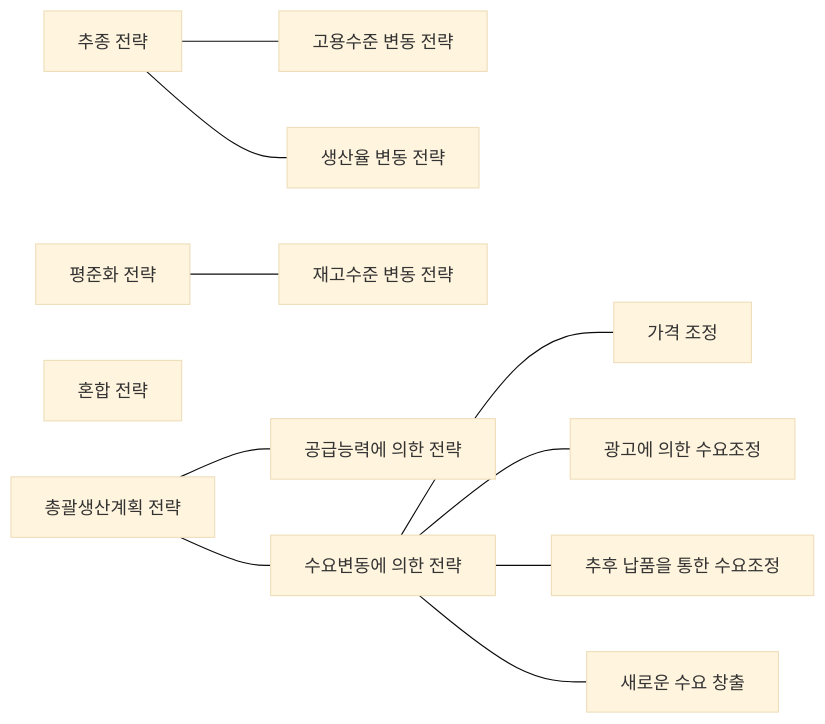
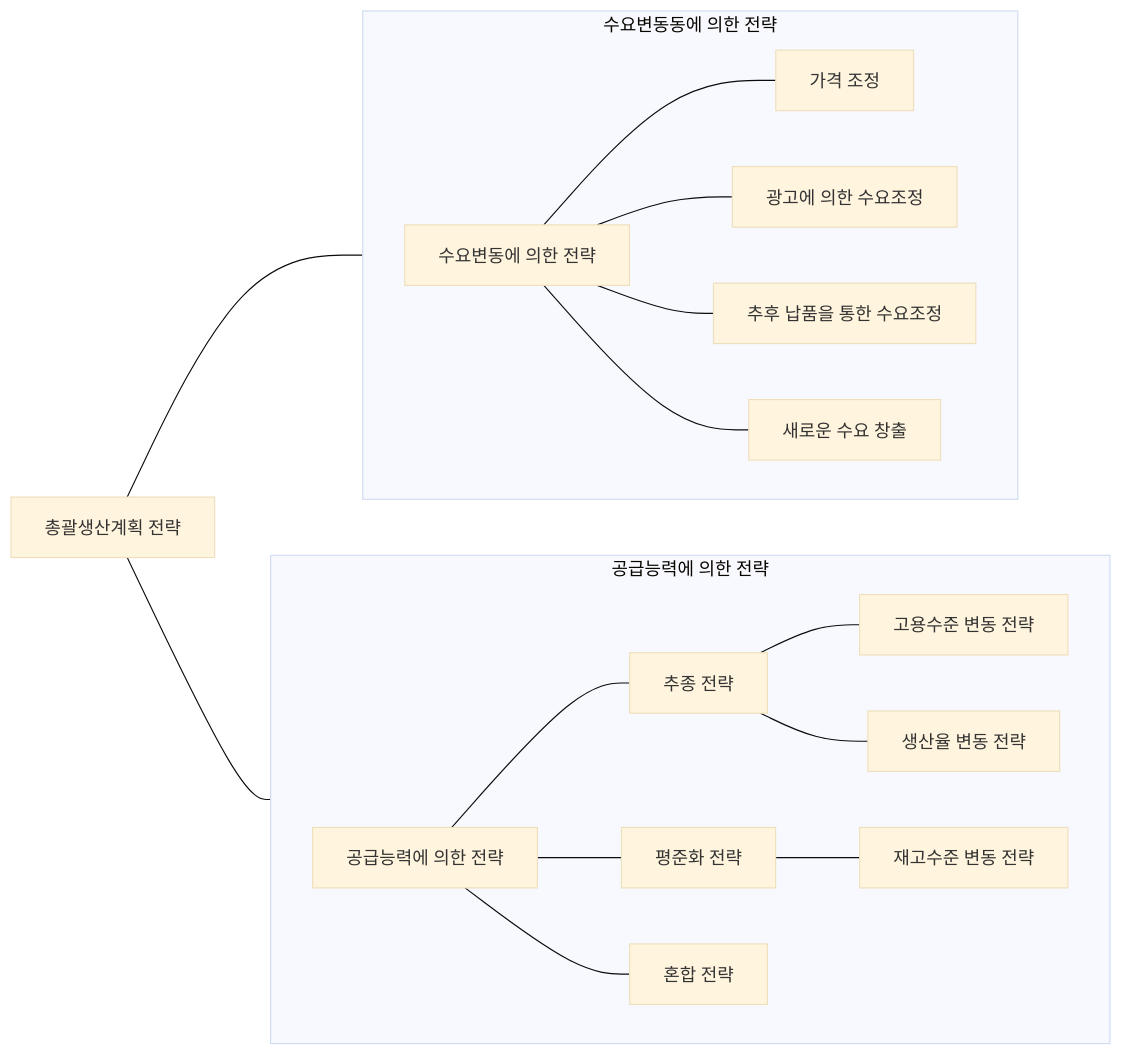
Before and after one commit to yeonkyupark/pepc2e: the first of 2 diagrams in 0501생산계획수립.qmd, drawn with Mermaid (base theme). The commit also changed other lines of this file, not shown here.

````diff
--- a/0501생산계획수립.qmd
+++ b/0501생산계획수립.qmd
@@ -179,21 +179,28 @@
 ```{mermaid}
 flowchart LR
 00[총괄생산계획 전략]
+
+subgraph s01[공급능력에 의한 전략]
+direction LR
 01[공급능력에 의한 전략]
 10[추종 전략]
 20[평준화 전략]
 30[혼합 전략]
-
 10 --- 101["고용수준 변동 전략"] & 102["생산율 변동 전략"]
 20 --- 201["재고수준 변동 전략"]
+end
 
+subgraph s02[수요변동동에 의한 전략]
+direction LR
 02[수요변동에 의한 전략]
 21[가격 조정]
 22[광고에 의한 수요조정]
 23[추후 납품을 통한 수요조정]
 24[새로운 수요 창출]
+end
 
+01 --- 10 & 20 & 30
 02 --- 21 & 22 & 23 & 24
 
 00 --- 01 & 02
 ```
````
